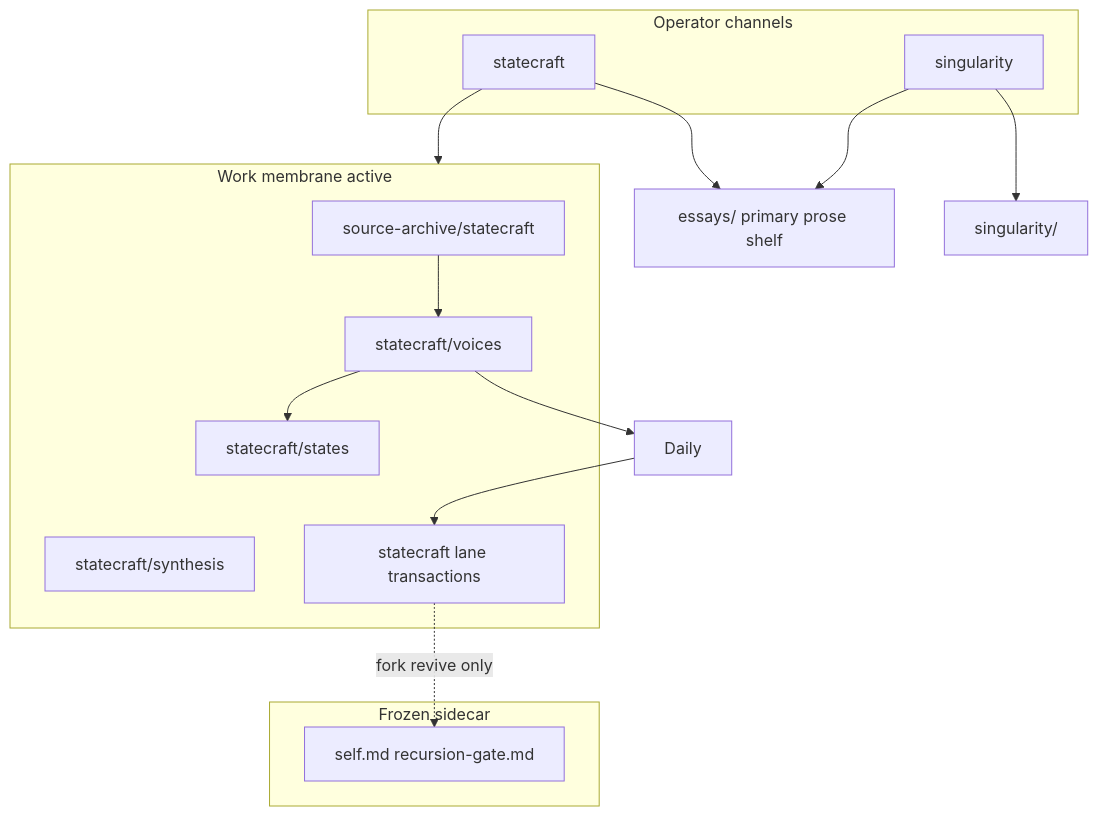
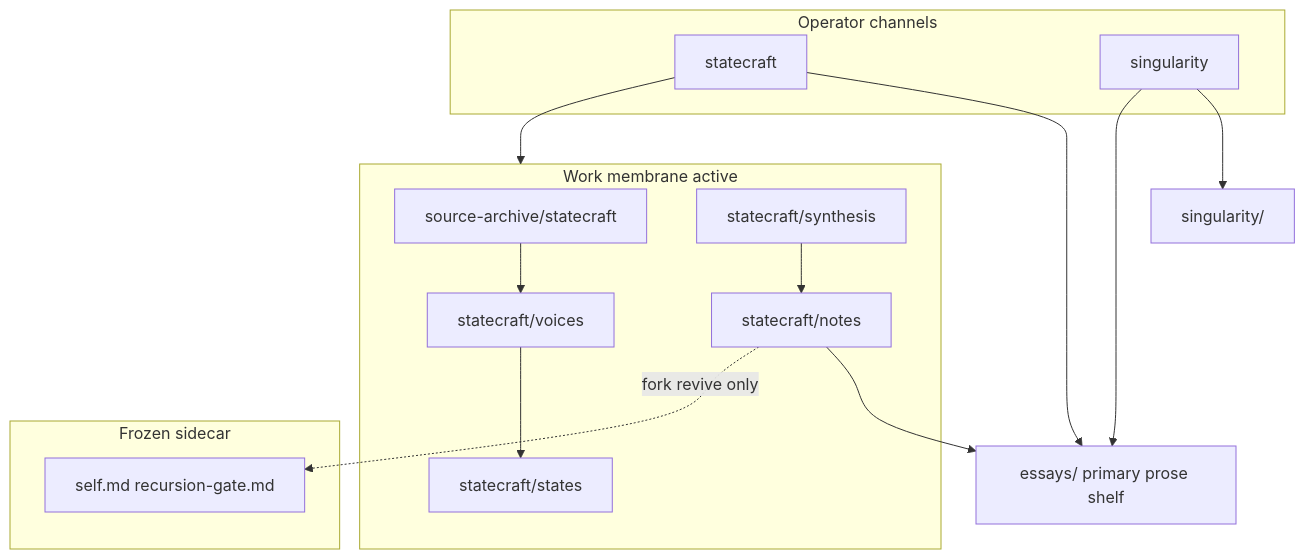
The diagram in docs/start-here.md (rbtkhn/strategy-codex), drawn with Mermaid before and after one commit. The commit also changed other lines of this file and 14 other files, not shown here.

Commit message:
docs: retire transactions as default ceiling (notes and essays)

````diff
--- a/docs/start-here.md
+++ b/docs/start-here.md
@@ -44,29 +44,29 @@
 ```mermaid
 flowchart TB
   subgraph membrane [Work membrane active]
     Archive[source-archive/statecraft]
     Voices[statecraft/voices]
     States[statecraft/states]
     Synth[statecraft/synthesis]
-    Tx[statecraft lane transactions]
+    Notes[statecraft/notes]
   end
 
   subgraph channels [Operator channels]
     SC[statecraft]
     SG[singularity]
   end
 
   Essays[essays/ primary prose shelf]
 
   subgraph frozen [Frozen sidecar]
     Record[self.md recursion-gate.md]
   end
 
   Archive --> Voices --> States
-  Voices --> Daily --> Tx
+  Synth --> Notes --> Essays
   SC --> membrane
   SG --> singularity/
   SC --> Essays
   SG --> Essays
-  Tx -.fork revive only.-> Record
+  Notes -.fork revive only.-> Record
 ```
````
